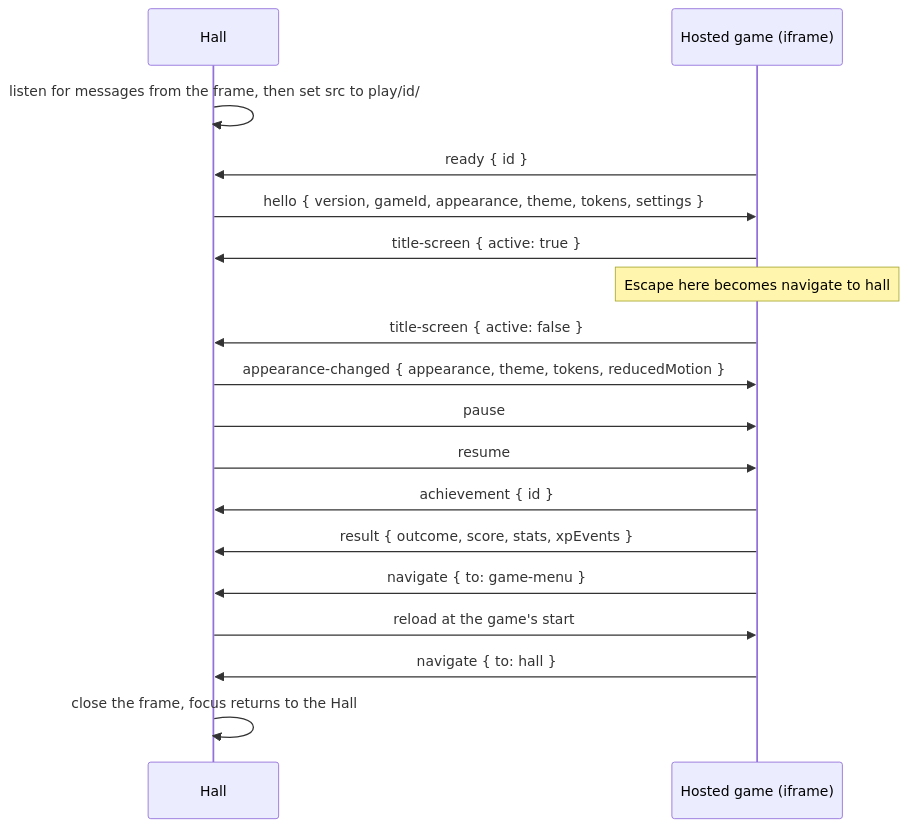
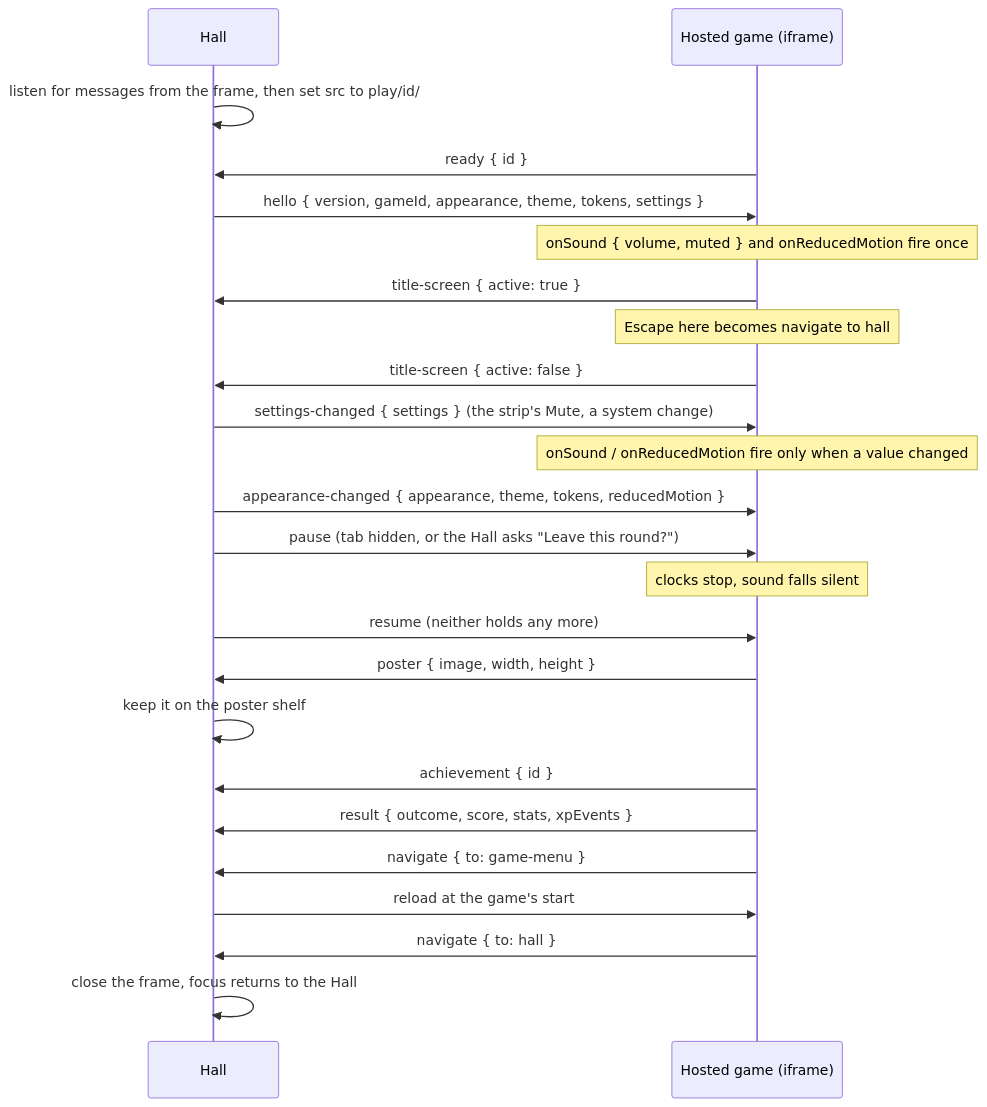
One commit to agunawijaya/usr-games-reborn changed the seventh of 10 diagrams in docs/ARCHITECTURE.md. Above: the diagram before and after it, drawn with Mermaid. The commit also changed other lines of this file and 171 other files, not shown here.

````diff
--- a/docs/ARCHITECTURE.md
+++ b/docs/ARCHITECTURE.md
@@ -212,20 +228,26 @@
 ```mermaid
 sequenceDiagram
   participant Hall
   participant Frame as Hosted game (iframe)
   Hall->>Hall: listen for messages from the frame, then set src to play/id/
   Frame->>Hall: ready { id }
   Hall->>Frame: hello { version, gameId, appearance, theme, tokens, settings }
+  Note over Frame: onSound { volume, muted } and onReducedMotion fire once
   Frame->>Hall: title-screen { active: true }
   Note over Frame: Escape here becomes navigate to hall
   Frame->>Hall: title-screen { active: false }
+  Hall->>Frame: settings-changed { settings } (the strip's Mute, a system change)
+  Note over Frame: onSound / onReducedMotion fire only when a value changed
   Hall->>Frame: appearance-changed { appearance, theme, tokens, reducedMotion }
-  Hall->>Frame: pause
-  Hall->>Frame: resume
+  Hall->>Frame: pause (tab hidden, or the Hall asks "Leave this round?")
+  Note over Frame: clocks stop, sound falls silent
+  Hall->>Frame: resume (neither holds any more)
+  Frame->>Hall: poster { image, width, height }
+  Hall->>Hall: keep it on the poster shelf
   Frame->>Hall: achievement { id }
   Frame->>Hall: result { outcome, score, stats, xpEvents }
   Frame->>Hall: navigate { to: game-menu }
   Hall->>Frame: reload at the game's start
   Frame->>Hall: navigate { to: hall }
   Hall->>Hall: close the frame, focus returns to the Hall
 ```
````
